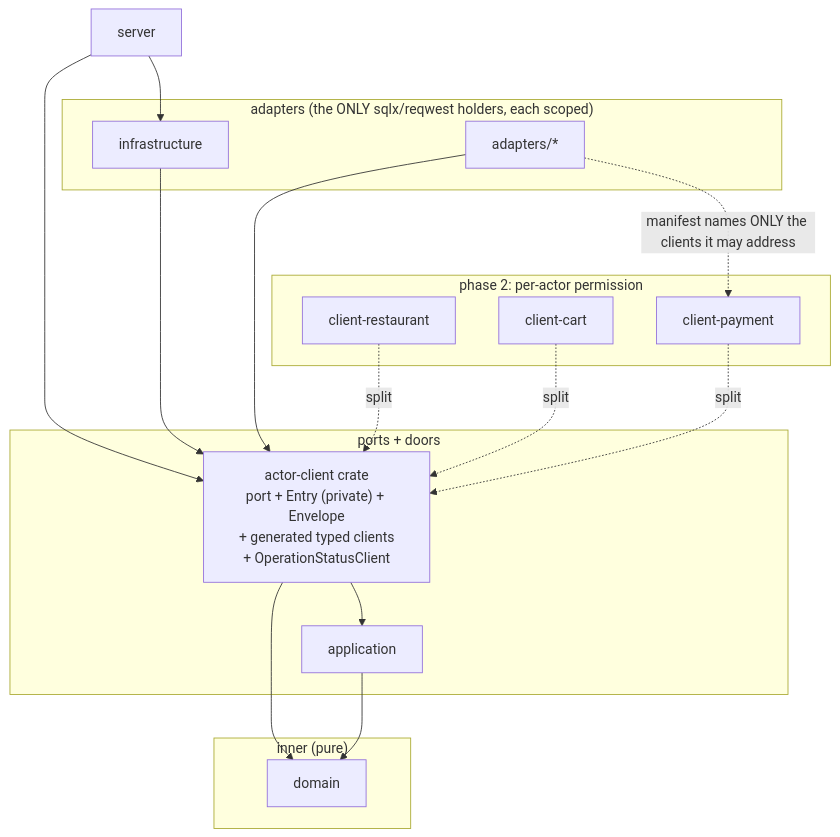
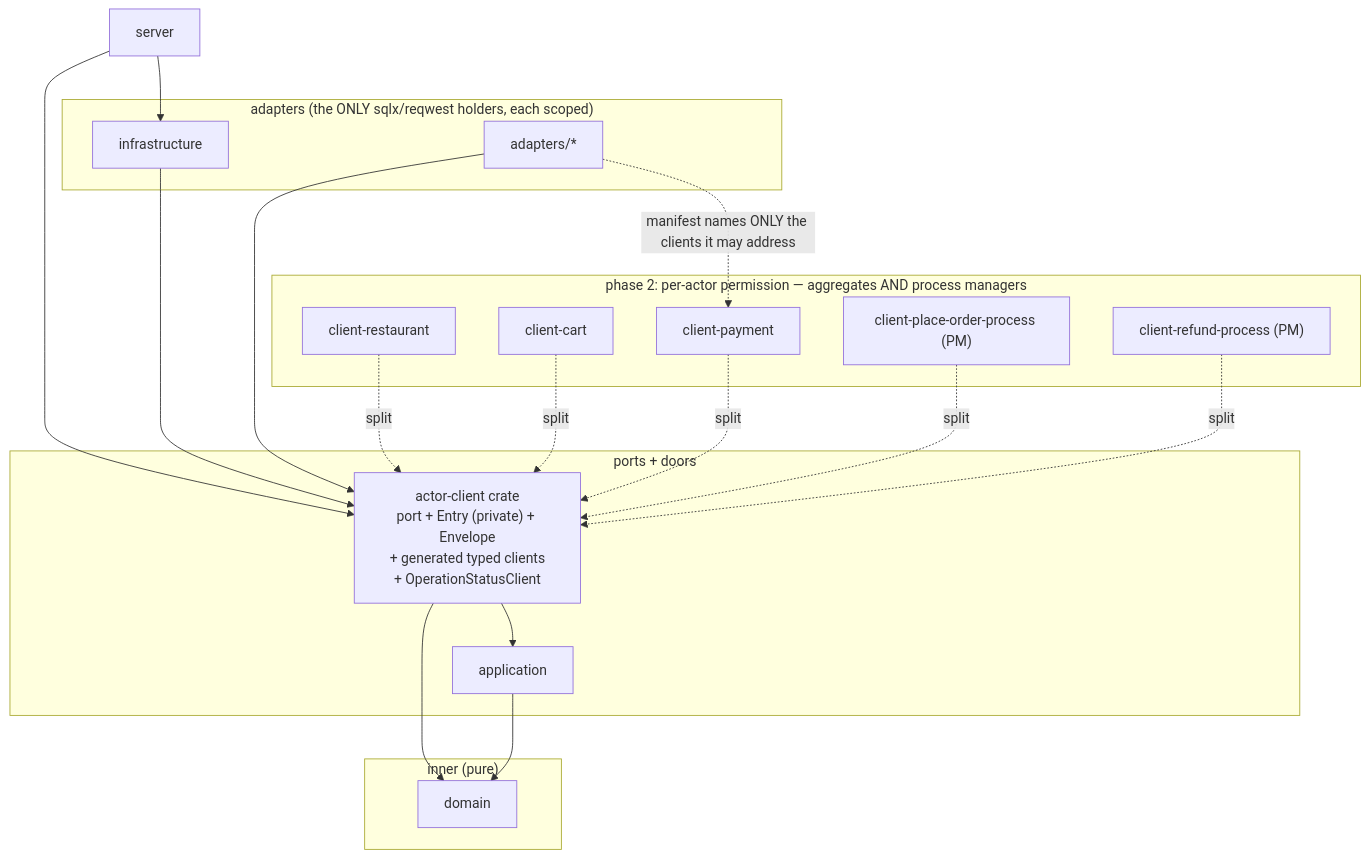
The first of 2 diagrams in docs/proposals/PROP-20260802-130500-isolation-by-construction.md (TheCaptainCompany/captain-food), drawn with Mermaid before and after one commit. The commit also changed other lines of this file and 1 other file, not shown here.

First line of the commit message:
docs: "per actor" includes the process managers -- one crate per PM, one per PM client

````diff
--- a/docs/proposals/PROP-20260802-130500-isolation-by-construction.md
+++ b/docs/proposals/PROP-20260802-130500-isolation-by-construction.md
@@ -79,23 +79,25 @@
 ```mermaid
 graph TD
     subgraph "inner (pure)"
         domain
     end
     subgraph "ports + doors"
         application --> domain
         AC["actor-client crate<br/>port + Entry (private) + Envelope<br/>+ generated typed clients<br/>+ OperationStatusClient"] --> domain
         AC --> application
     end
-    subgraph "phase 2: per-actor permission"
+    subgraph "phase 2: per-actor permission — aggregates AND process managers"
         CR[client-restaurant] -.split.-> AC
         CC[client-cart] -.split.-> AC
         CP[client-payment] -.split.-> AC
+        PP["client-place-order-process (PM)"] -.split.-> AC
+        RP["client-refund-process (PM)"] -.split.-> AC
     end
     subgraph "adapters (the ONLY sqlx/reqwest holders, each scoped)"
         infrastructure --> AC
         stripe["adapters/*"] --> AC
     end
     server --> AC
     server --> infrastructure
     stripe -. "manifest names ONLY the clients it may address" .-> CP
 ```
````
